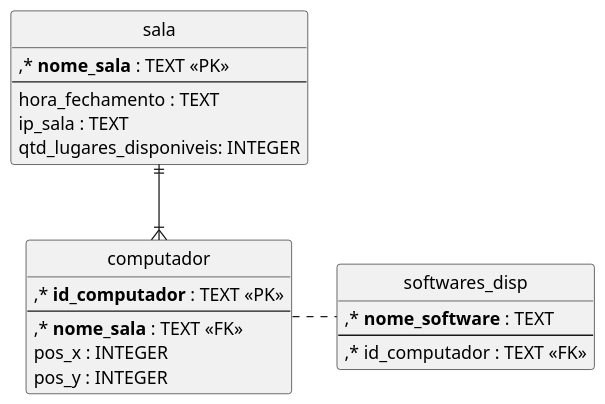
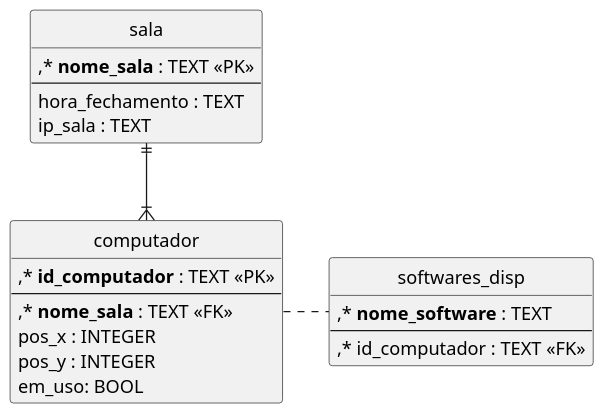
Before and after one commit to sociedade-do-pastel/softeiros: the diagram in docs/diagrama_relacional.org, drawn with PlantUML. The commit also changed 7 other files, not shown here.

```diff
--- a/docs/diagrama_relacional.org
+++ b/docs/diagrama_relacional.org
@@ -3,29 +3,29 @@
 #+begin_src plantuml :file ../imgs/diagramo_rel.png :exports results
   scale 600*900
   hide circle
   entity sala {
 	  ,* **nome_sala** : TEXT <<PK>>
 	  --
 	  hora_fechamento : TEXT 
 	  ip_sala : TEXT
-	  qtd_lugares_disponiveis: INTEGER
   }
 
   entity computador {
 	  ,* **id_computador** : TEXT <<PK>>
 	  --
 	  ,* **nome_sala** : TEXT <<FK>>
 	  pos_x : INTEGER
 	  pos_y : INTEGER
+	  em_uso: BOOL
   }
 
   entity softwares_disp {
 	  ,* **nome_software** : TEXT 
 	  --
 	  ,* id_computador : TEXT <<FK>>
   }
 
   sala ||--|{ computador
   computador . softwares_disp
 
 #+end_src
```
